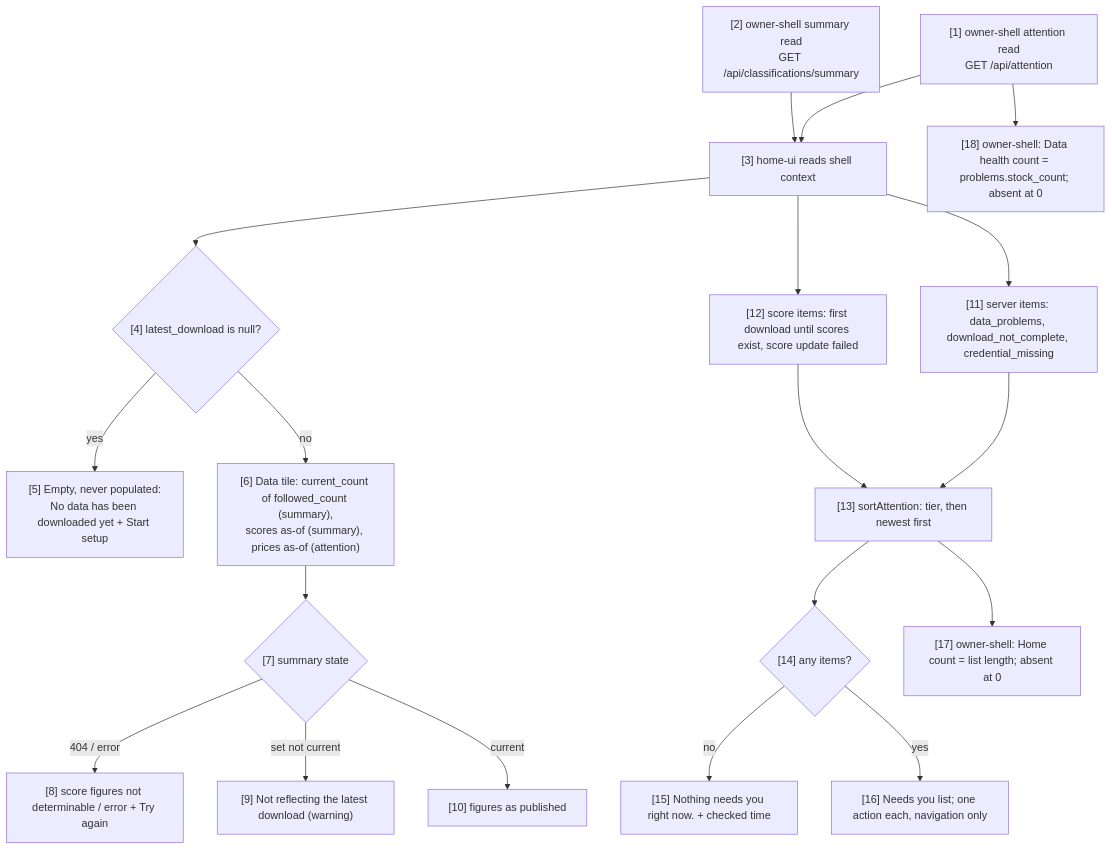
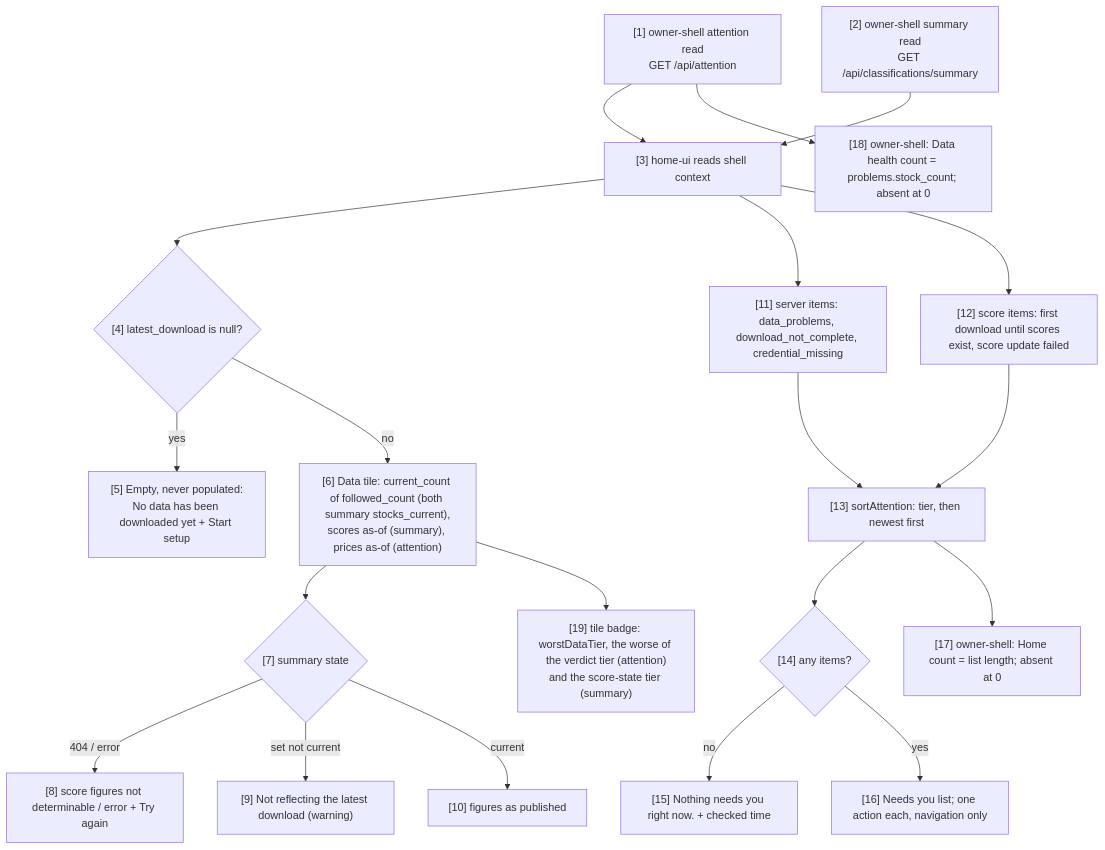
One commit to ajodraca/FactorFlow-v2 changed the fourth of 6 diagrams in docs/capabilities/CAP-003-app-shell-and-data-health/design/system-design.md. Above: the diagram before and after it, drawn with Mermaid. The commit also changed other lines of this file and 12 other files, not shown here.

````diff
--- a/docs/capabilities/CAP-003-app-shell-and-data-health/design/system-design.md
+++ b/docs/capabilities/CAP-003-app-shell-and-data-health/design/system-design.md
@@ -325,21 +331,22 @@
 ```mermaid
 flowchart TD
     A1["[1] owner-shell attention read<br/>GET /api/attention"] --> A3
     A2["[2] owner-shell summary read<br/>GET /api/classifications/summary"] --> A3
     A3["[3] home-ui reads shell context"] --> D1{"[4] latest_download is null?"}
     D1 -- yes --> E1["[5] Empty, never populated:<br/>No data has been downloaded yet + Start setup"]
-    D1 -- no --> T1["[6] Data tile: current_count of followed_count (summary),<br/>scores as-of (summary), prices as-of (attention)"]
+    D1 -- no --> T1["[6] Data tile: current_count of followed_count (both summary stocks_current),<br/>scores as-of (summary), prices as-of (attention)"]
     T1 --> D2{"[7] summary state"}
     D2 -- "404 / error" --> T2["[8] score figures not determinable / error + Try again"]
     D2 -- "set not current" --> T3["[9] Not reflecting the latest download (warning)"]
     D2 -- "current" --> T4["[10] figures as published"]
     A3 --> I1["[11] server items: data_problems, download_not_complete, credential_missing"]
     A3 --> I2["[12] score items: first download until scores exist, score update failed"]
     I1 --> S1["[13] sortAttention: tier, then newest first"]
     I2 --> S1
     S1 --> D3{"[14] any items?"}
     D3 -- no --> E2["[15] Nothing needs you right now. + checked time"]
     D3 -- yes --> L1["[16] Needs you list; one action each, navigation only"]
     S1 --> R1["[17] owner-shell: Home count = list length; absent at 0"]
     A1 --> R2["[18] owner-shell: Data health count = problems.stock_count; absent at 0"]
+    T1 --> B1["[19] tile badge: worstDataTier, the worse of the verdict tier (attention)<br/>and the score-state tier (summary)"]
 ```
````
